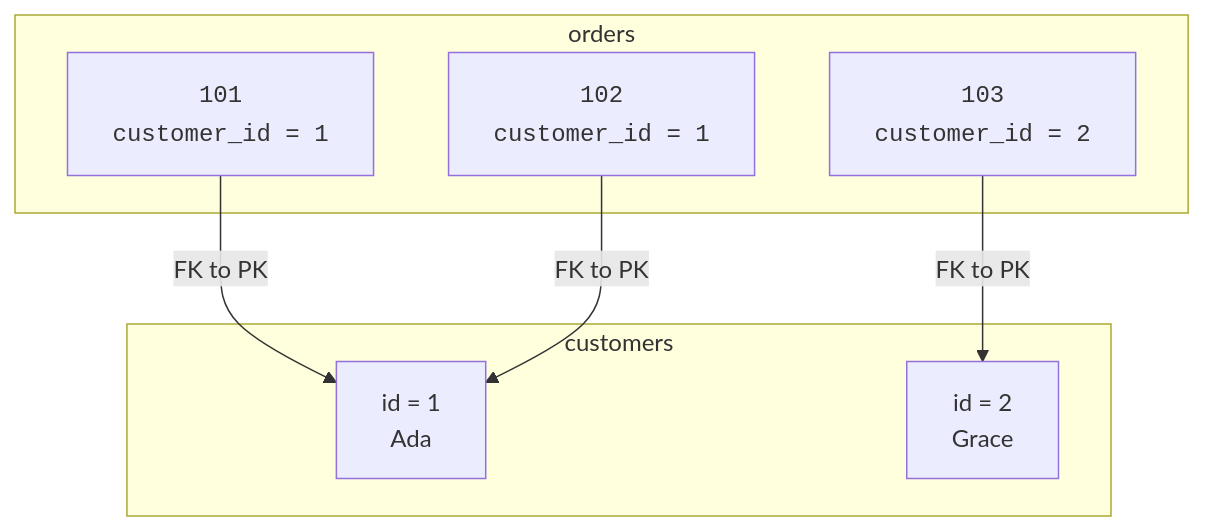
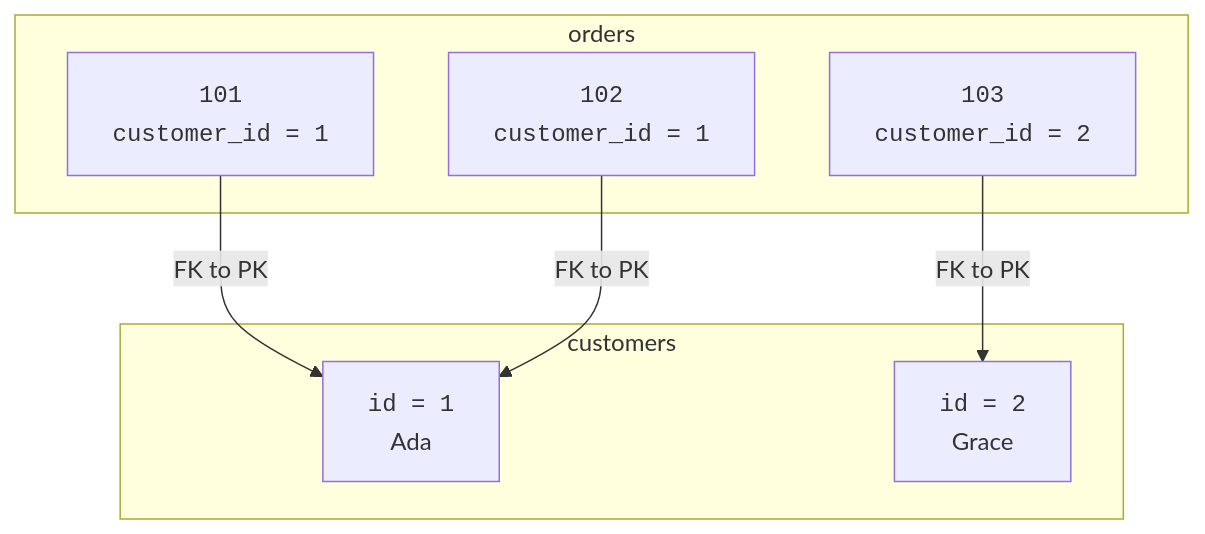
One commit to dataslope/dataslope changed the fourth of 4 diagrams in content/learn/sqlite-for-beginners/foreign-keys.mdx. Above: the diagram before and after it, drawn with Mermaid. The commit also changed other lines of this file and 100 other files, not shown here.

First line of the commit message:
Wrap more code in diagram labels: filenames, hex, assignments, subgraph titles

````diff
--- a/content/learn/sqlite-for-beginners/foreign-keys.mdx
+++ b/content/learn/sqlite-for-beginners/foreign-keys.mdx
@@ -179,15 +179,15 @@
 ```mermaid
 flowchart TB
     subgraph C["customers"]
-        C1["id = 1<br/>Ada"]
-        C2["id = 2<br/>Grace"]
+        C1["<code>id = 1</code><br/>Ada"]
+        C2["<code>id = 2</code><br/>Grace"]
     end
     subgraph O["orders"]
         O1["<code>101<br/>customer_id = 1</code>"]
         O2["<code>102<br/>customer_id = 1</code>"]
         O3["<code>103<br/>customer_id = 2</code>"]
     end
     O1 -->|"FK to PK"| C1
     O2 -->|"FK to PK"| C1
     O3 -->|"FK to PK"| C2
 ```
````
